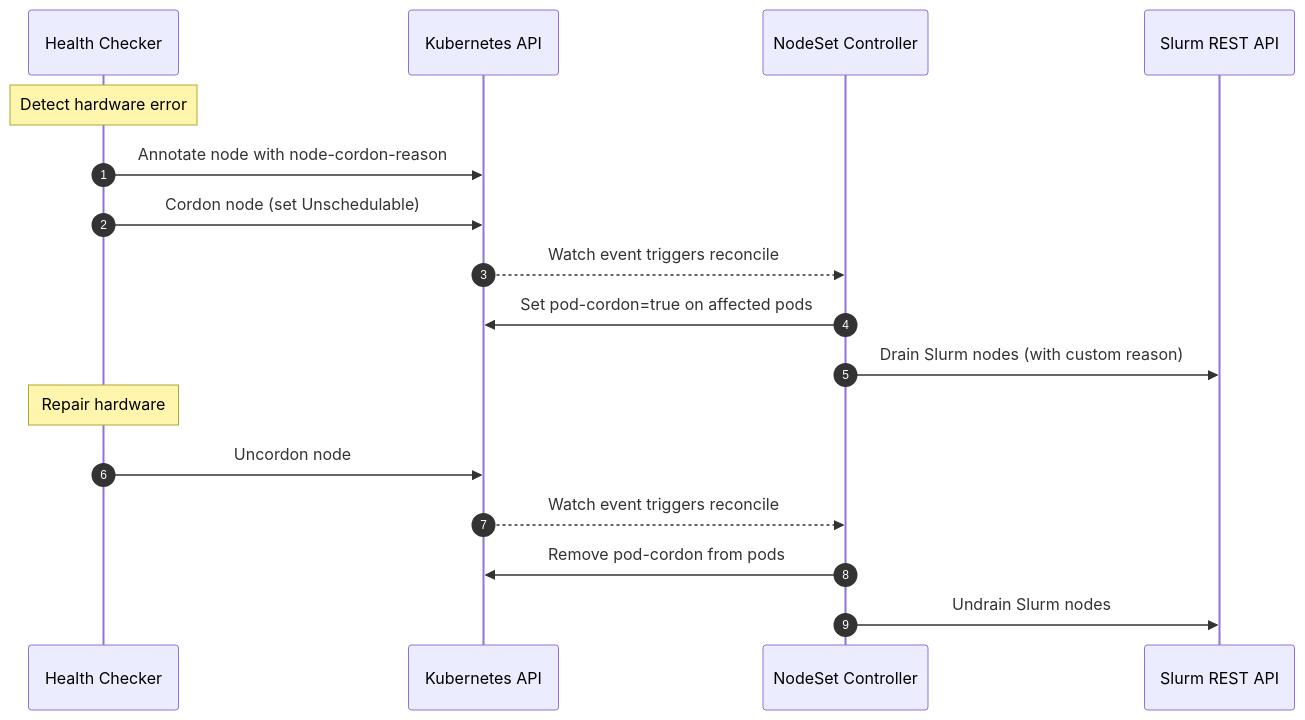
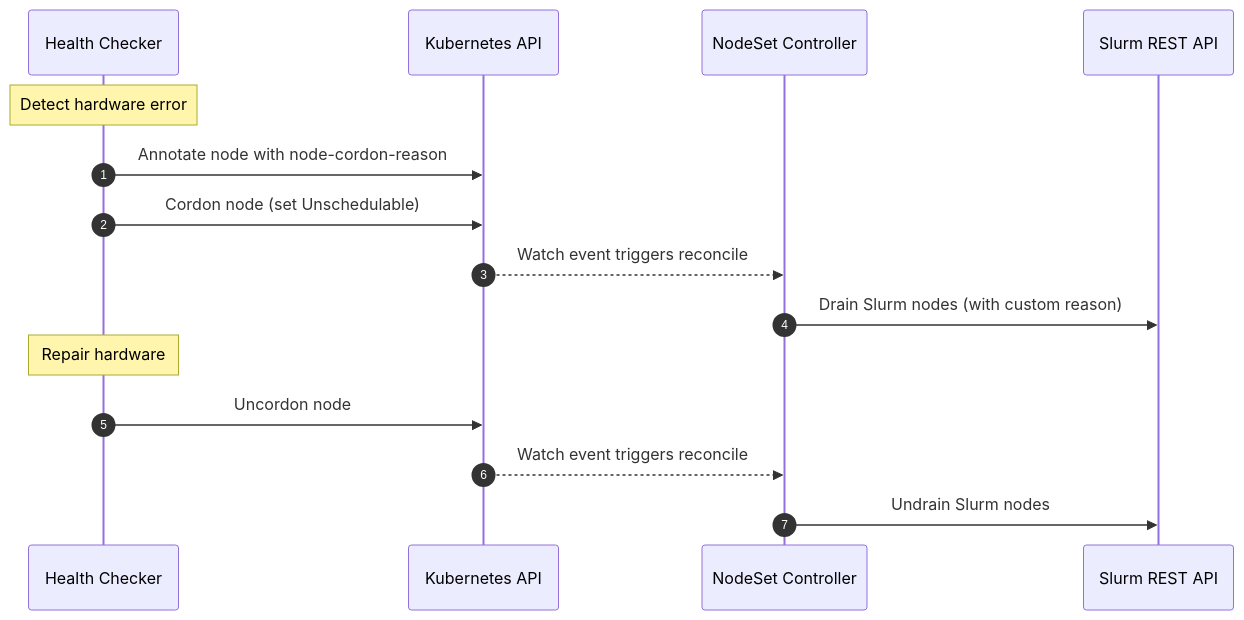
The diagram in docs/usage/nodeset-operations.md (SlinkyProject/slurm-operator), drawn with Mermaid before and after one commit. The commit also changed other lines of this file and 8 other files, not shown here.

````diff
--- a/docs/usage/nodeset-operations.md
+++ b/docs/usage/nodeset-operations.md
@@ -346,22 +349,20 @@
 ```mermaid
 sequenceDiagram
     autonumber
 
     participant HC as Health Checker
     participant KAPI as Kubernetes API
     participant NS as NodeSet Controller
     participant SAPI as Slurm REST API
 
     note over HC: Detect hardware error
     HC->>KAPI: Annotate node with node-cordon-reason
     HC->>KAPI: Cordon node (set Unschedulable)
     KAPI-->>NS: Watch event triggers reconcile
-    NS->>KAPI: Set pod-cordon=true on affected pods
     NS->>SAPI: Drain Slurm nodes (with custom reason)
 
     note over HC: Repair hardware
     HC->>KAPI: Uncordon node
     KAPI-->>NS: Watch event triggers reconcile
-    NS->>KAPI: Remove pod-cordon from pods
     NS->>SAPI: Undrain Slurm nodes
 ```
````
